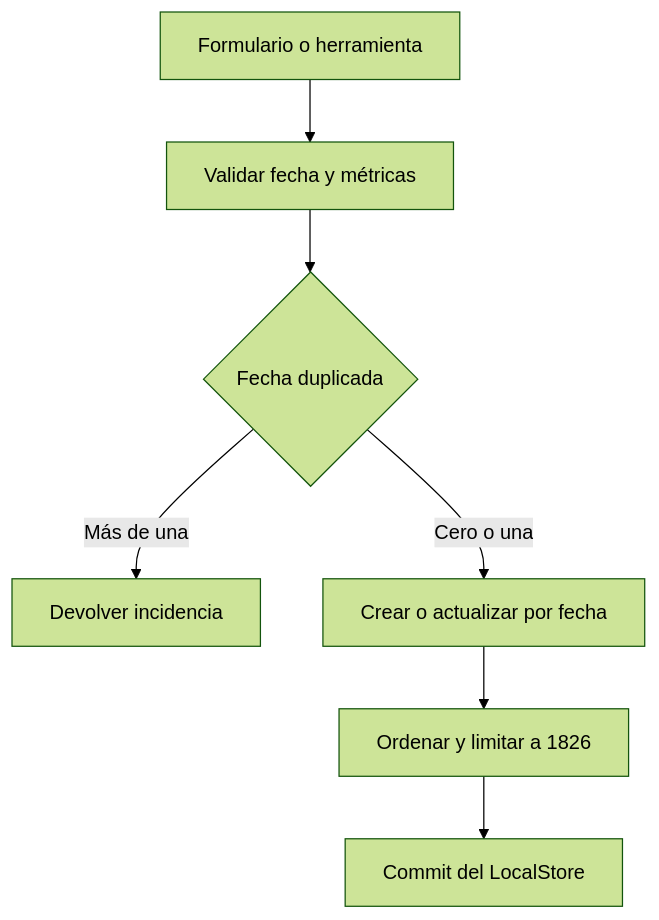
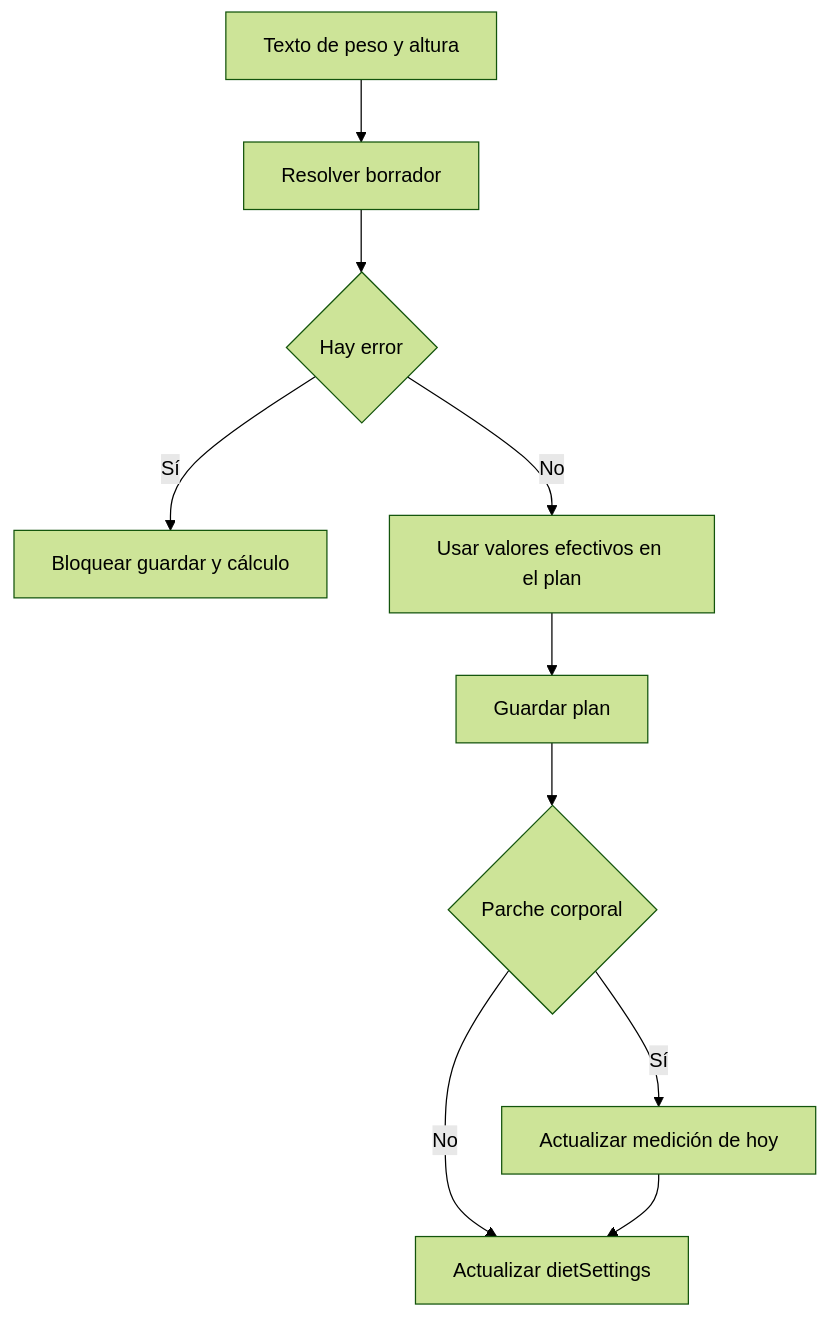
One commit to maximofn/gymnasia changed the diagram in openwiki/mobile/measurements.md. Above: the diagram before and after it, drawn with Mermaid (forest theme). The commit also changed other lines of this file and 54 other files, not shown here.

````diff
--- a/openwiki/mobile/measurements.md
+++ b/openwiki/mobile/measurements.md
@@ -53,9 +69,12 @@
 ```mermaid
 flowchart TD
-    Input["Formulario o herramienta"] --> Validate["Validar fecha y métricas"]
-    Validate --> Conflict{"Fecha duplicada"}
-    Conflict -->|"Más de una"| Reject["Devolver incidencia"]
-    Conflict -->|"Cero o una"| Mutate["Crear o actualizar por fecha"]
-    Mutate --> Limit["Ordenar y limitar a 1826"]
-    Limit --> Commit["Commit del LocalStore"]
+    Draft["Texto de peso y altura"] --> Resolve["Resolver borrador"]
+    Resolve --> Invalid{"Hay error"}
+    Invalid -->|"Sí"| Block["Bloquear guardar y cálculo"]
+    Invalid -->|"No"| Calculate["Usar valores efectivos en el plan"]
+    Calculate --> Save["Guardar plan"]
+    Save --> Changed{"Parche corporal"}
+    Changed -->|"Sí"| Upsert["Actualizar medición de hoy"]
+    Changed -->|"No"| Settings["Actualizar dietSettings"]
+    Upsert --> Settings
 ```
````
